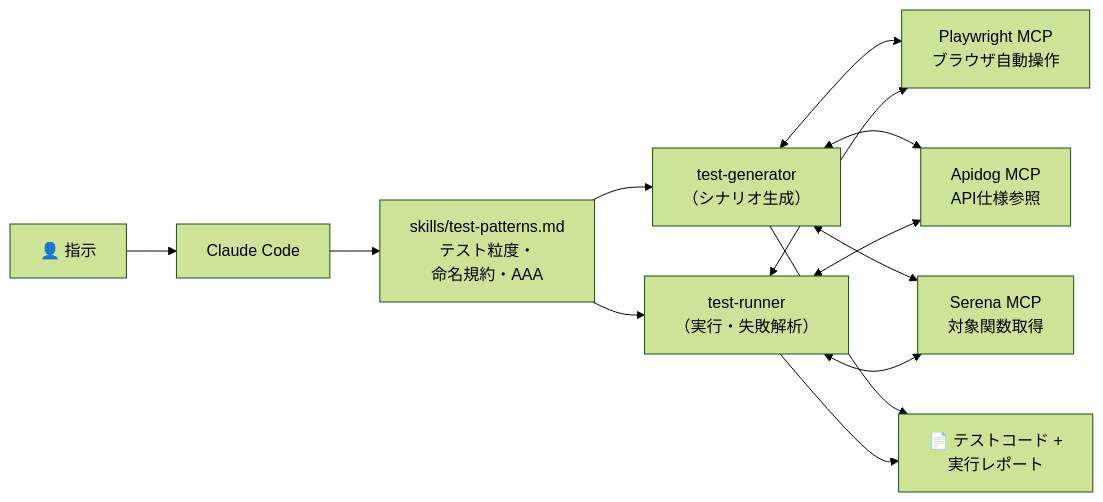
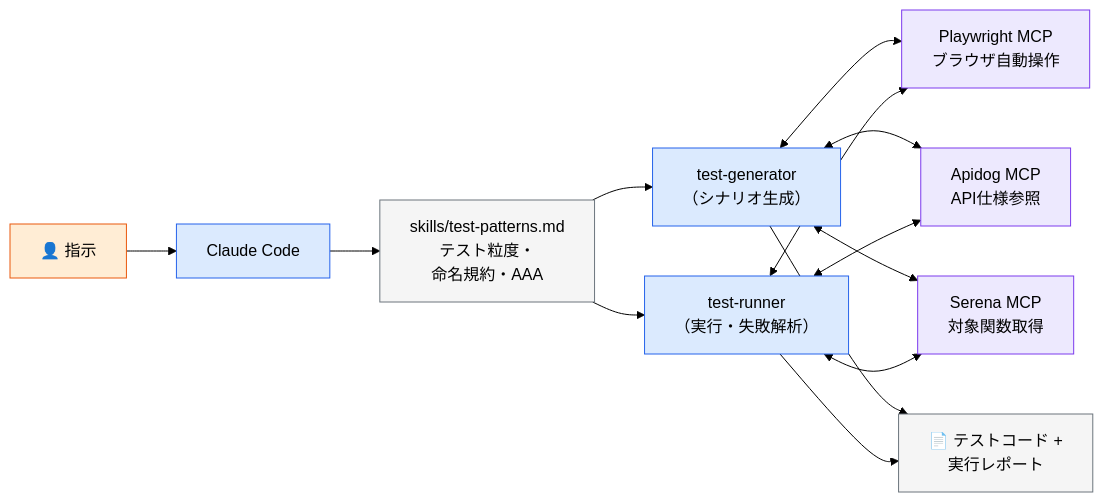
One commit to takuma39/ai changed the eighth of 48 diagrams in AI駆動開発.md. Above: the diagram before and after it, drawn with Mermaid (forest theme). The commit also changed other lines of this file, not shown here.

````diff
--- a/AI駆動開発.md
+++ b/AI駆動開発.md
@@ -234,11 +286,21 @@
 ```mermaid
 flowchart LR
     H["👤 指示"] --> CC["Claude Code"]
     CC --> SK["skills/test-patterns.md<br/>テスト粒度・<br/>命名規約・AAA"]
     SK --> TG["test-generator<br/>（シナリオ生成）"]
     SK --> TR["test-runner<br/>（実行・失敗解析）"]
     TG & TR <--> PW["Playwright MCP<br/>ブラウザ自動操作"]
     TG & TR <--> AP["Apidog MCP<br/>API仕様参照"]
     TG & TR <--> SR["Serena MCP<br/>対象関数取得"]
     TG & TR --> OUT["📄 テストコード +<br/>実行レポート"]
+
+    style H fill:#ffedd5,stroke:#ea580c,color:#000
+    style CC fill:#dbeafe,stroke:#2563eb,color:#000
+    style SK fill:#f5f5f5,stroke:#6c757d,color:#000
+    style TG fill:#dbeafe,stroke:#2563eb,color:#000
+    style TR fill:#dbeafe,stroke:#2563eb,color:#000
+    style PW fill:#ede9fe,stroke:#7c3aed,color:#000
+    style AP fill:#ede9fe,stroke:#7c3aed,color:#000
+    style SR fill:#ede9fe,stroke:#7c3aed,color:#000
+    style OUT fill:#f5f5f5,stroke:#6c757d,color:#000
 ```
````
